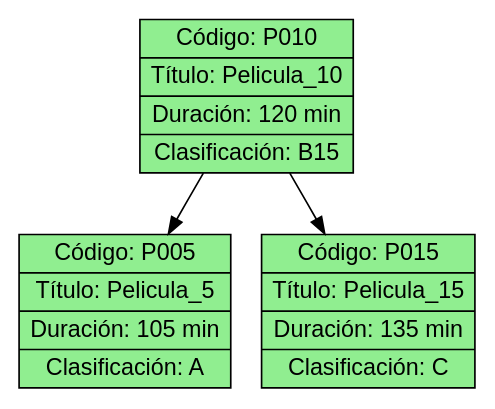
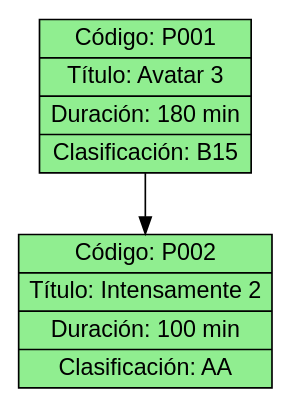
Before and after one commit to SABANd5/EDD_2S2026_PY_202303371: the diagram in build/Desktop_Qt_6_11_1_MinGW_64_bit_Debug/debug/reporte_cartelera.dot, drawn with Graphviz. The commit also changed 24 other files, not shown here.

```diff
--- a/build/Desktop_Qt_6_11_1_MinGW_64_bit_Debug/debug/reporte_cartelera.dot
+++ b/build/Desktop_Qt_6_11_1_MinGW_64_bit_Debug/debug/reporte_cartelera.dot
@@ -1,9 +1,7 @@
 digraph G {
   rankdir=TB;
   node [shape=record, style=filled, fillcolor=lightgreen, fontname="Arial"];
-  "P010" [label="{Código: P010 | Título: Pelicula_10 | Duración: 120 min | Clasificación: B15}"];
-  "P010" -> "P005";
-  "P005" [label="{Código: P005 | Título: Pelicula_5 | Duración: 105 min | Clasificación: A}"];
-  "P010" -> "P015";
-  "P015" [label="{Código: P015 | Título: Pelicula_15 | Duración: 135 min | Clasificación: C}"];
+  "P001" [label="{Código: P001 | Título: Avatar 3 | Duración: 180 min | Clasificación: B15}"];
+  "P001" -> "P002";
+  "P002" [label="{Código: P002 | Título: Intensamente 2 | Duración: 100 min | Clasificación: AA}"];
 }
```
